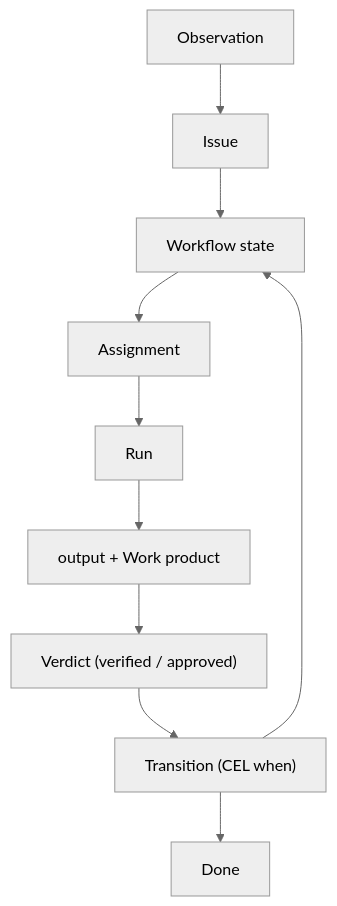
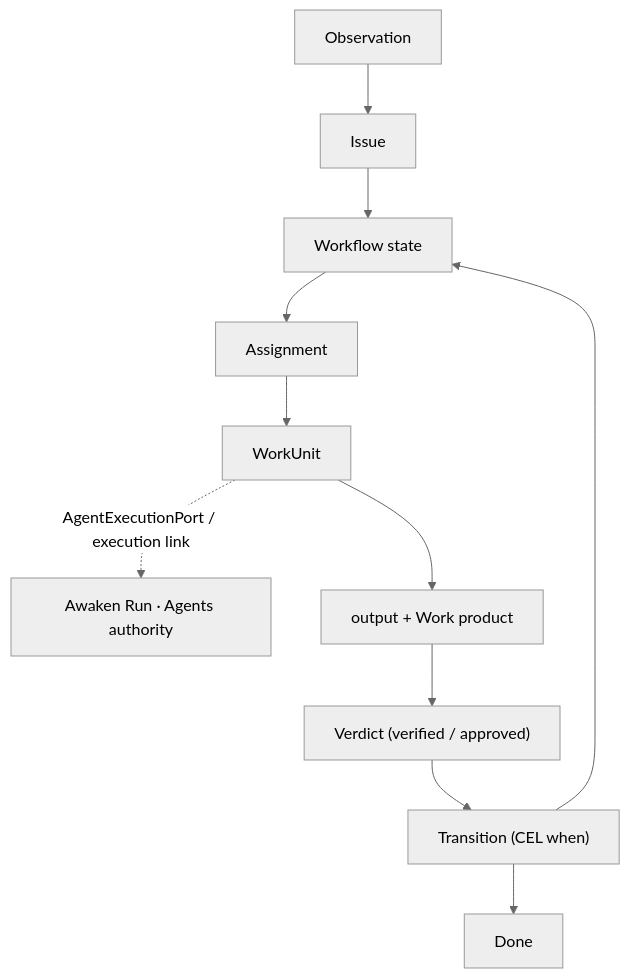
Before and after one commit to awakenworks/awakenworks.com: the diagram in src/content/docs/flow/current/en/concepts/object-model.md, drawn with Mermaid (neutral theme). The commit also changed other lines of this file and 65 other files, not shown here.

````diff
--- a/src/content/docs/flow/current/en/concepts/object-model.md
+++ b/src/content/docs/flow/current/en/concepts/object-model.md
@@ -172,7 +142,8 @@
 ```mermaid
 flowchart TD
-    O["Observation"] --> I["Issue"] --> S["Workflow state"] --> A["Assignment"] --> R["Run"]
+    O["Observation"] --> I["Issue"] --> S["Workflow state"] --> A["Assignment"] --> R["WorkUnit"]
+    R -. "AgentExecutionPort / execution link" .-> E["Awaken Run · Agents authority"]
     R --> W["output + Work product"] --> V["Verdict (verified / approved)"] --> T["Transition (CEL when)"]
     T --> S
     T --> D["Done"]
 ```
````
